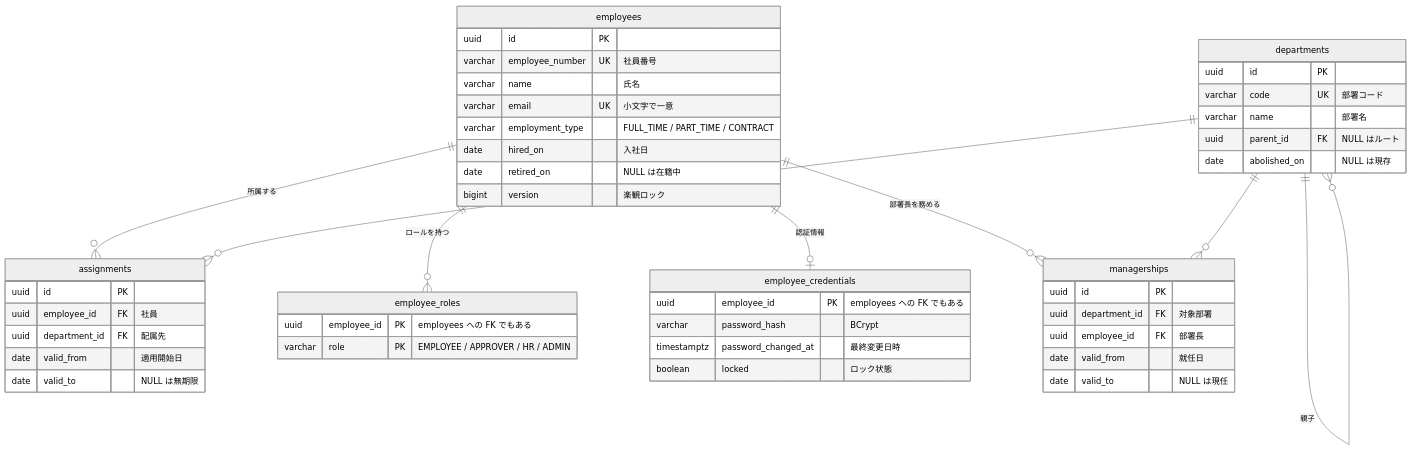
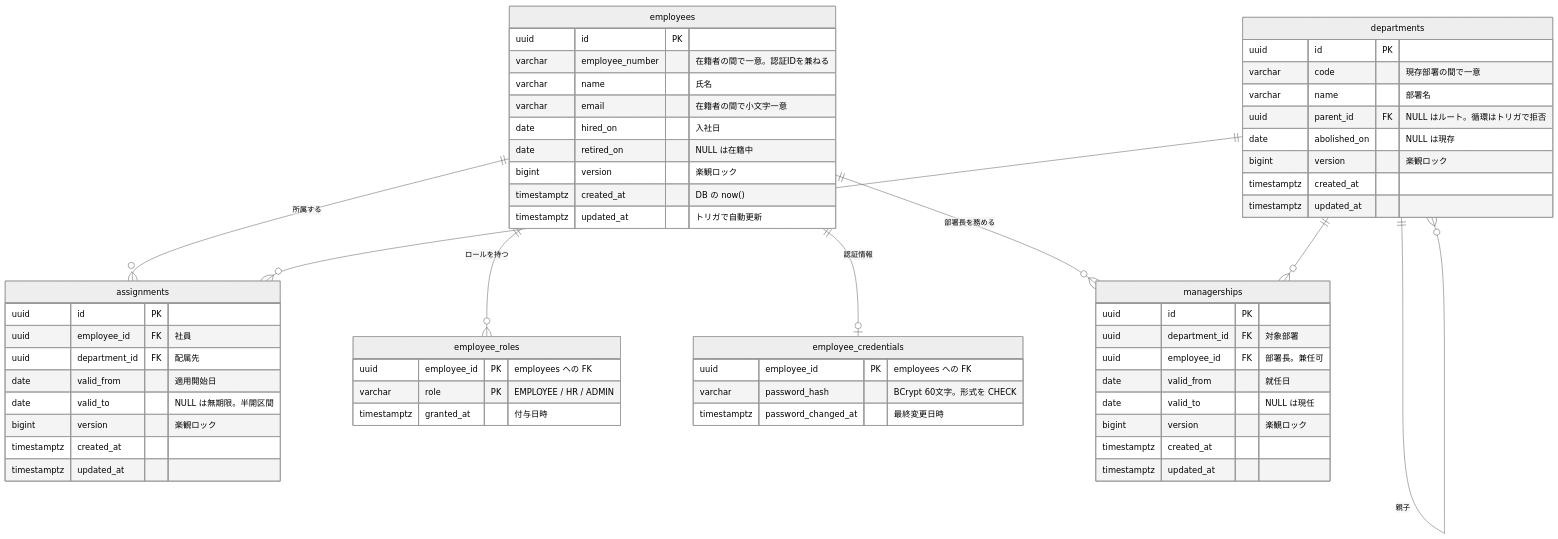
Before and after one commit to masaki-i02/newJavaProject: the diagram in doc/02_詳細設計/01_社員・組織/diagrams/ER図.mmd, drawn with Mermaid (neutral theme). The commit also changed 26 other files, not shown here.

```diff
--- a/doc/02_詳細設計/01_社員・組織/diagrams/ER図.mmd
+++ b/doc/02_詳細設計/01_社員・組織/diagrams/ER図.mmd
@@ -1,50 +1,60 @@
 erDiagram
     employees ||--o{ assignments : "所属する"
     employees ||--o{ employee_roles : "ロールを持つ"
     employees ||--o| employee_credentials : "認証情報"
     employees ||--o{ managerships : "部署長を務める"
     departments ||--o{ assignments : ""
     departments ||--o{ managerships : ""
     departments ||--o{ departments : "親子"
 
     employees {
         uuid id PK
-        varchar employee_number UK "社員番号"
+        varchar employee_number "在籍者の間で一意。認証IDを兼ねる"
         varchar name "氏名"
-        varchar email UK "小文字で一意"
-        varchar employment_type "FULL_TIME / PART_TIME / CONTRACT"
+        varchar email "在籍者の間で小文字一意"
         date hired_on "入社日"
         date retired_on "NULL は在籍中"
         bigint version "楽観ロック"
+        timestamptz created_at "DB の now()"
+        timestamptz updated_at "トリガで自動更新"
     }
     employee_credentials {
-        uuid employee_id PK "employees への FK でもある"
-        varchar password_hash "BCrypt"
+        uuid employee_id PK "employees への FK"
+        varchar password_hash "BCrypt 60文字。形式を CHECK"
         timestamptz password_changed_at "最終変更日時"
-        boolean locked "ロック状態"
     }
     employee_roles {
-        uuid employee_id PK "employees への FK でもある"
-        varchar role PK "EMPLOYEE / APPROVER / HR / ADMIN"
+        uuid employee_id PK "employees への FK"
+        varchar role PK "EMPLOYEE / HR / ADMIN"
+        timestamptz granted_at "付与日時"
     }
     departments {
         uuid id PK
-        varchar code UK "部署コード"
+        varchar code "現存部署の間で一意"
         varchar name "部署名"
-        uuid parent_id FK "NULL はルート"
+        uuid parent_id FK "NULL はルート。循環はトリガで拒否"
         date abolished_on "NULL は現存"
+        bigint version "楽観ロック"
+        timestamptz created_at ""
+        timestamptz updated_at ""
     }
     assignments {
         uuid id PK
         uuid employee_id FK "社員"
         uuid department_id FK "配属先"
         date valid_from "適用開始日"
-        date valid_to "NULL は無期限"
+        date valid_to "NULL は無期限。半開区間"
+        bigint version "楽観ロック"
+        timestamptz created_at ""
+        timestamptz updated_at ""
     }
     managerships {
         uuid id PK
         uuid department_id FK "対象部署"
-        uuid employee_id FK "部署長"
+        uuid employee_id FK "部署長。兼任可"
         date valid_from "就任日"
         date valid_to "NULL は現任"
+        bigint version "楽観ロック"
+        timestamptz created_at ""
+        timestamptz updated_at ""
     }
```
